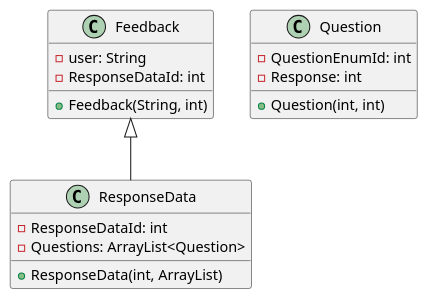
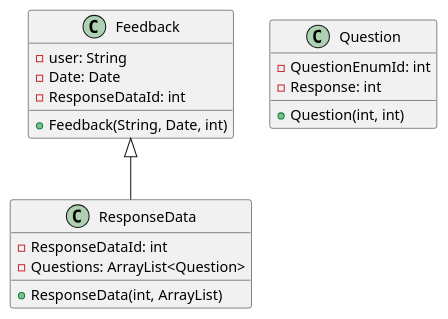
One commit to raghav19897/Feedback_DM changed the diagram in src/main/java/Feedback.puml. Above: the diagram before and after it, drawn with PlantUML.

Commit message:
Added field

```diff
--- a/src/main/java/Feedback.puml
+++ b/src/main/java/Feedback.puml
@@ -1,21 +1,22 @@
 @startuml
 class Feedback{
 -user: String
+-Date: Date
 -ResponseDataId: int
-+Feedback(String, int)
++Feedback(String, Date, int)
 }
 
 class ResponseData{
 -ResponseDataId: int
 -Questions: ArrayList<Question>
 +ResponseData(int, ArrayList)
 }
 
 class Question{
 -QuestionEnumId: int
 -Response: int
 +Question(int, int)
 }
 
 Feedback <|-- ResponseData
 @enduml
```
